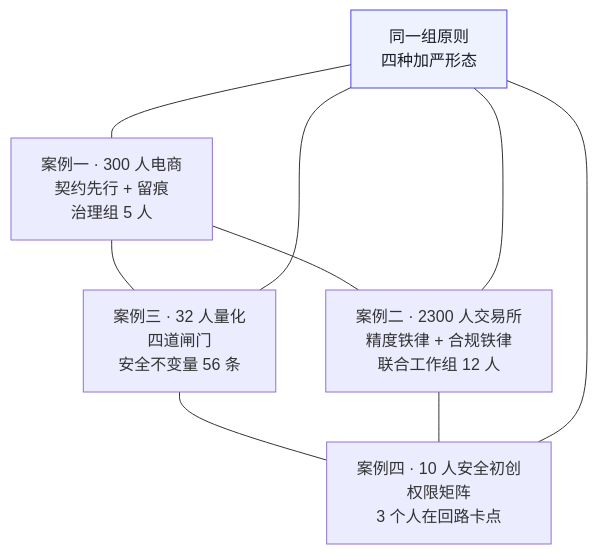
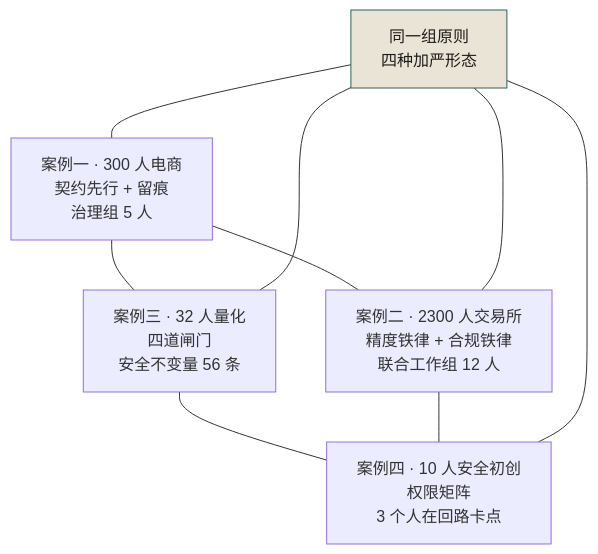
Before and after one commit to funny8kids/AI_Native_Software_Engineering: the first of 2 diagrams in docs/manuscript/ch38-第33章-四案例交叉启示.md, drawn with Mermaid. The commit also changed other lines of this file and 81 other files, not shown here.

````diff
--- a/docs/manuscript/ch38-第33章-四案例交叉启示.md
+++ b/docs/manuscript/ch38-第33章-四案例交叉启示.md
@@ -12,12 +17,12 @@
 ```mermaid
 flowchart TB
   C1["案例一 · 300 人电商<br/>契约先行 + 留痕<br/>治理组 5 人"] --- C2["案例二 · 2300 人交易所<br/>精度铁律 + 合规铁律<br/>联合工作组 12 人"]
   C3["案例三 · 32 人量化<br/>四道闸门<br/>安全不变量 56 条"] --- C4["案例四 · 10 人安全初创<br/>权限矩阵<br/>3 个人在回路卡点"]
   C1 --- C3
   C2 --- C4
   ROOT["同一组原则<br/>四种加严形态"] --- C1
   ROOT --- C2
   ROOT --- C3
   ROOT --- C4
-  style ROOT fill:#eef2ff,stroke:#4f46e5,color:#1a1d23
+  style ROOT fill:#eae4d6,stroke:#2f6154,color:#1e1c19
 ```
````
